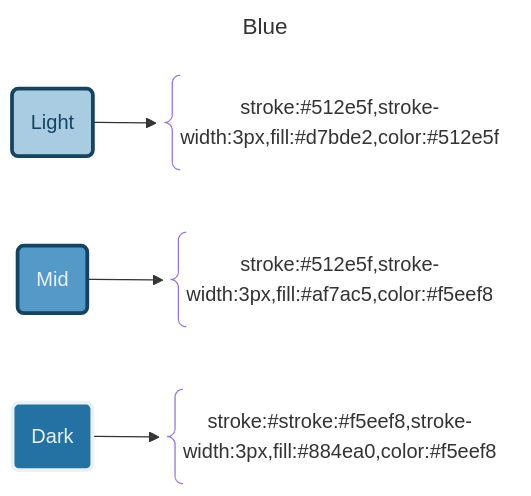
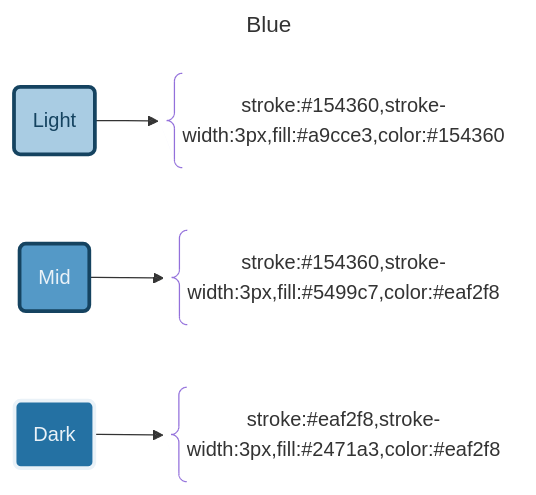
Before and after one commit to APrettyCoolProgram/aprettycoolprogram: the sixth of 10 diagrams in profile/mermaid/mermaid.md, drawn with Mermaid. The commit also changed other lines of this file, not shown here.

````diff
--- a/profile/mermaid/mermaid.md
+++ b/profile/mermaid/mermaid.md
@@ -202,24 +202,24 @@
 ```mermaid
 ---
 title: Blue
 ---
 flowchart LR
   %% Components
   Light@{shape: rounded, label: "Light"}
-  LightString@{shape: brace, label: "stroke:#512e5f,stroke-width:3px,fill:#d7bde2,color:#512e5f"}
+  LightString@{shape: brace, label: "stroke:#154360,stroke-width:3px,fill:#a9cce3,color:#154360"}
   Mid@{shape: rounded, label: "Mid"}
-  MidString@{shape: brace, label: "stroke:#512e5f,stroke-width:3px,fill:#af7ac5,color:#f5eef8"}
+  MidString@{shape: brace, label: "stroke:#154360,stroke-width:3px,fill:#5499c7,color:#eaf2f8"}
   Dark@{shape: rounded, label: "Dark"}
-  DarkString@{shape: brace, label: "stroke:#stroke:#f5eef8,stroke-width:3px,fill:#884ea0,color:#f5eef8"}
+  DarkString@{shape: brace, label: "stroke:#eaf2f8,stroke-width:3px,fill:#2471a3,color:#eaf2f8"}
   %% Layout
   Light --> LightString
   Mid --> MidString
   Dark --> DarkString
   %% Styles
   classDef Light stroke:#154360,stroke-width:3px,fill:#a9cce3,color:#154360  
   classDef Mid stroke:#154360,stroke-width:3px,fill:#5499c7,color:#eaf2f8
   classDef Dark stroke:#eaf2f8,stroke-width:3px,fill:#2471a3,color:#eaf2f8
   class Light Light
   class Mid Mid
   class Dark Dark
 ```
````
